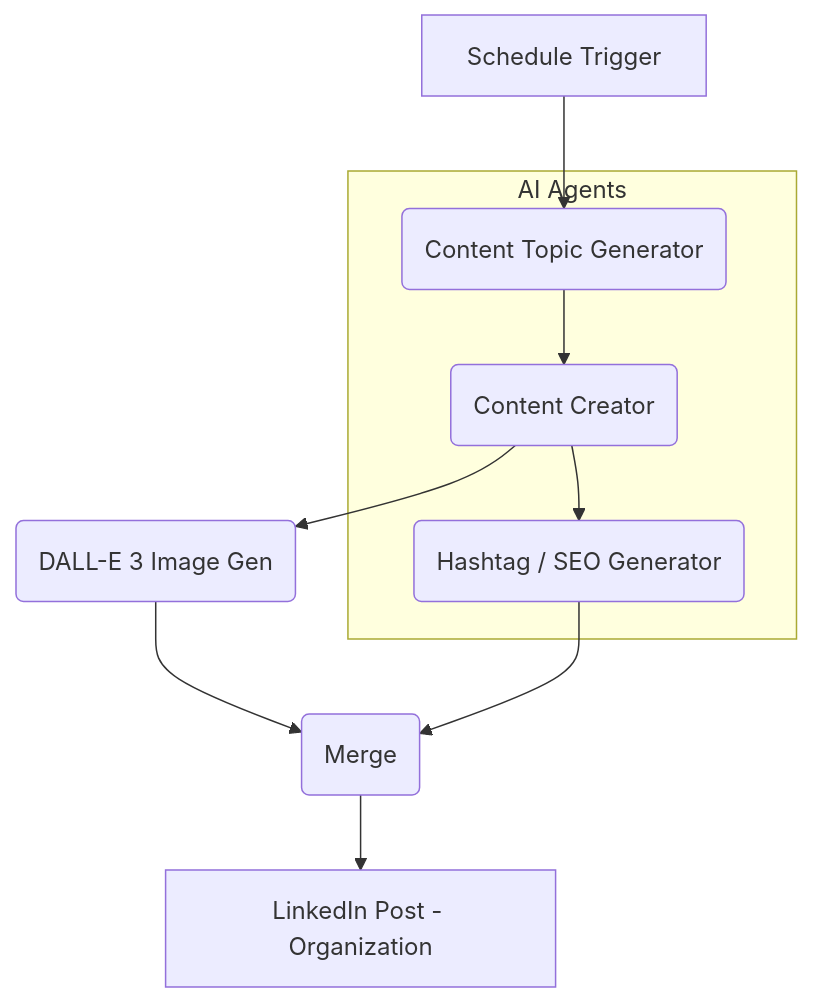
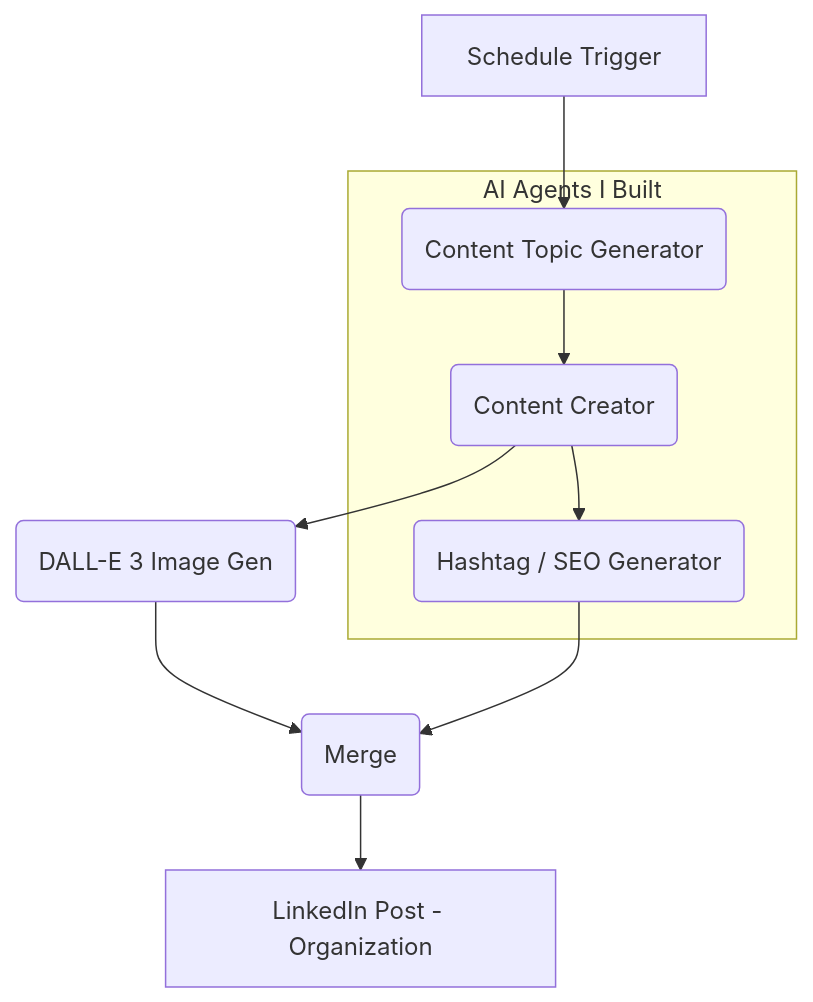
Before and after one commit to kursat-dev/LinkedIn-Automation: the diagram in README.md, drawn with Mermaid. The commit also changed other lines of this file and 1 other file, not shown here.

````diff
--- a/README.md
+++ b/README.md
@@ -15,16 +15,16 @@
 ```mermaid
 graph TD
     A[Schedule Trigger] --> B(Content Topic Generator)
     B --> C(Content Creator)
     C --> D(DALL-E 3 Image Gen)
     C --> E(Hashtag / SEO Generator)
     D --> F(Merge)
     E --> F
     F --> G[LinkedIn Post - Organization]
     
-    subgraph AI Agents
+    subgraph AI Agents I Built
     B
     C
     E
     end
 ```
````
